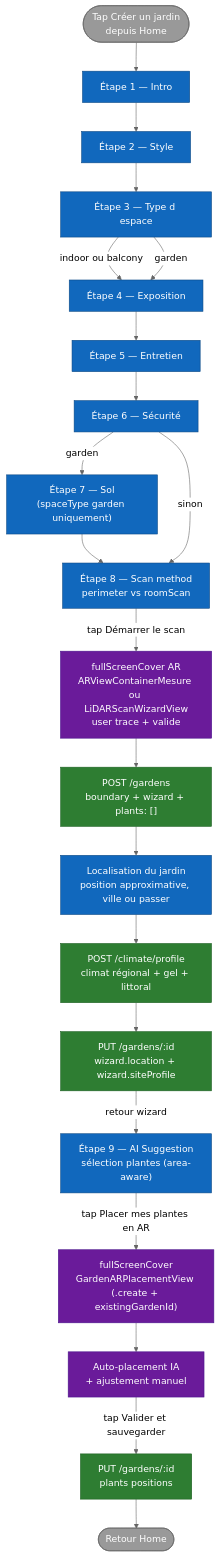
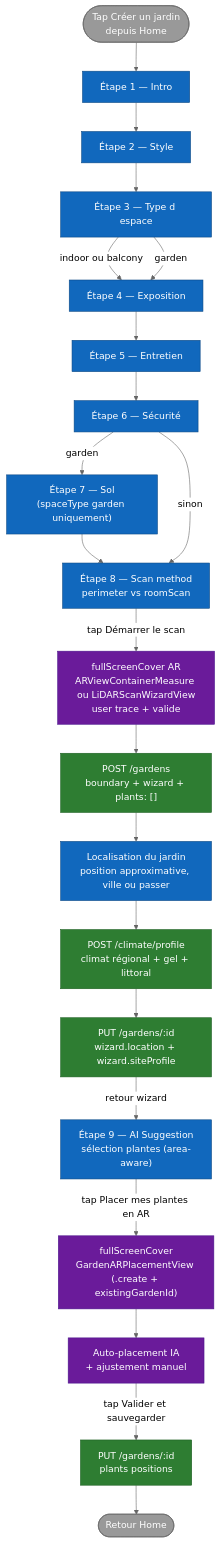
One commit to ArboreTeam/Arbore changed the diagram in docs/fr/flows/garden-creation.md. Above: the diagram before and after it, drawn with Mermaid (neutral theme). The commit also changed other lines of this file and 13 other files, not shown here.

````diff
--- a/docs/fr/flows/garden-creation.md
+++ b/docs/fr/flows/garden-creation.md
@@ -13,52 +13,52 @@
 ```mermaid
 flowchart TB
     start_node([Tap Créer un jardin<br/>depuis Home])
 
     intro["Étape 1 — Intro"]
     style_step["Étape 2 — Style"]
     spaceType["Étape 3 — Type d espace"]
     exposure["Étape 4 — Exposition"]
     maintenance["Étape 5 — Entretien"]
     safety["Étape 6 — Sécurité"]
     soil["Étape 7 — Sol<br/>(spaceType garden uniquement)"]
     scan["Étape 8 — Scan method<br/>perimeter vs roomScan"]
 
-    trace_ar["fullScreenCover AR<br/>ARViewContainerMesure ou LiDARScanWizardView<br/>user trace + valide"]
+    trace_ar["fullScreenCover AR<br/>ARViewContainerMeasure ou LiDARScanWizardView<br/>user trace + valide"]
     post_garden["POST /gardens<br/>boundary + wizard + plants: []"]
     location["Localisation du jardin<br/>position approximative, ville ou passer"]
     climate["POST /climate/profile<br/>climat régional + gel + littoral"]
     update_garden["PUT /gardens/:id<br/>wizard.location + wizard.siteProfile"]
     ai["Étape 9 — AI Suggestion<br/>sélection plantes (area-aware)"]
     placement["fullScreenCover<br/>GardenARPlacementView (.create + existingGardenId)"]
     auto_place["Auto-placement IA<br/>+ ajustement manuel"]
     put_garden["PUT /gardens/:id<br/>plants positions"]
 
     home([Retour Home])
 
     start_node --> intro --> style_step --> spaceType
     spaceType -->|indoor ou balcony| exposure
     spaceType -->|garden| exposure
     exposure --> maintenance --> safety
     safety -->|garden| soil --> scan
     safety -->|sinon| scan
 
     scan -->|tap Démarrer le scan| trace_ar
     trace_ar --> post_garden
     post_garden --> location
     location --> climate
     climate --> update_garden
     update_garden -->|retour wizard| ai
     ai -->|tap Placer mes plantes en AR| placement
     placement --> auto_place
     auto_place -->|tap Valider et sauvegarder| put_garden
     put_garden --> home
 
     classDef step  fill:#1168BD,stroke:#0B4884,color:#fff
     classDef cond  fill:#2E7D32,stroke:#1B5E20,color:#fff
     classDef ar    fill:#6A1B9A,stroke:#4A148C,color:#fff
     classDef io    fill:#999,stroke:#666,color:#fff
     class intro,style_step,spaceType,exposure,maintenance,safety,soil,scan,location,ai step
     class post_garden,climate,update_garden,put_garden cond
     class trace_ar,placement,auto_place ar
     class start_node,home io
 ```
````
